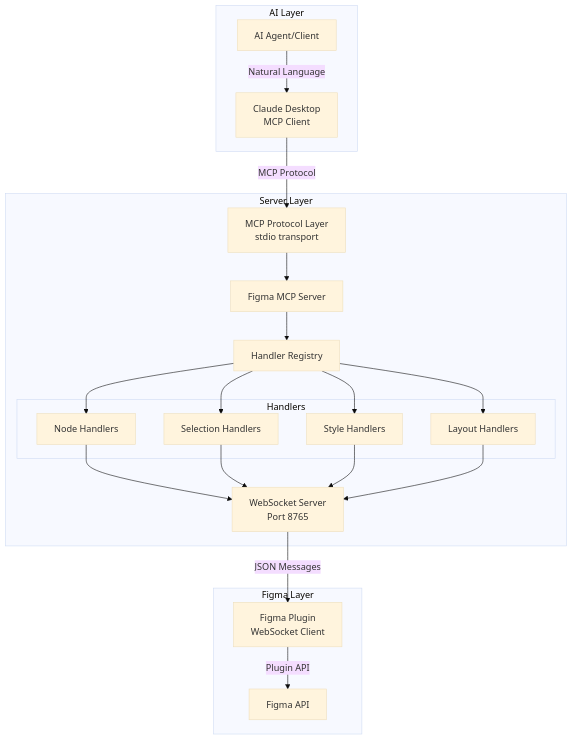
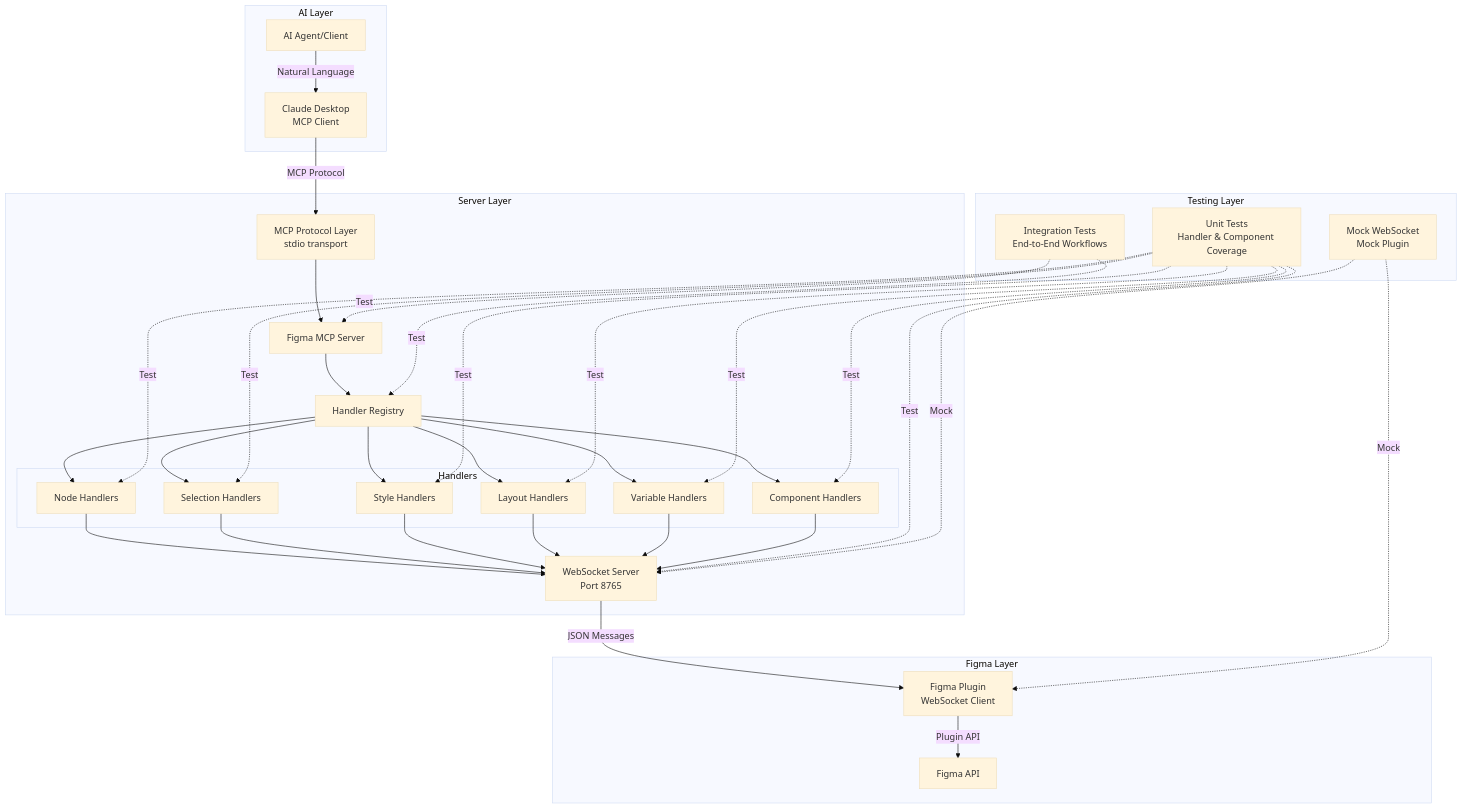
Before and after one commit to oO/figma-mcp-write-server: the first of 2 diagrams in DEVELOPMENT.md, drawn with Mermaid (base theme). The commit also changed other lines of this file and 71 other files, not shown here.

````diff
--- a/DEVELOPMENT.md
+++ b/DEVELOPMENT.md
@@ -155,43 +158,68 @@
 ```mermaid
 graph TB
     subgraph "AI Layer"
         AI[AI Agent/Client]
         MCP_CLIENT[Claude Desktop<br/>MCP Client]
     end
 
     subgraph "Server Layer"
         MCP_SERVER[Figma MCP Server]
         MCP_PROTOCOL[MCP Protocol Layer<br/>stdio transport]
         WS_SERVER[WebSocket Server<br/>Port 8765]
         REGISTRY[Handler Registry]
 
         subgraph "Handlers"
             NODE_H[Node Handlers]
             SELECTION_H[Selection Handlers]
             STYLE_H[Style Handlers]
             LAYOUT_H[Layout Handlers]
+            VARIABLE_H[Variable Handlers]
+            COMPONENT_H[Component Handlers]
         end
+    end
+
+    subgraph "Testing Layer"
+        UNIT_TESTS[Unit Tests<br/>Handler & Component Coverage]
+        INTEGRATION_TESTS[Integration Tests<br/>End-to-End Workflows]
+        TEST_MOCKS[Mock WebSocket<br/>Mock Plugin]
     end
 
     subgraph "Figma Layer"
         PLUGIN[Figma Plugin<br/>WebSocket Client]
         FIGMA_API[Figma API]
     end
 
     AI -->|Natural Language| MCP_CLIENT
     MCP_CLIENT -->|MCP Protocol| MCP_PROTOCOL
     MCP_PROTOCOL --> MCP_SERVER
     MCP_SERVER --> REGISTRY
     REGISTRY --> NODE_H
     REGISTRY --> SELECTION_H
     REGISTRY --> STYLE_H
     REGISTRY --> LAYOUT_H
+    REGISTRY --> VARIABLE_H
+    REGISTRY --> COMPONENT_H
 
     NODE_H --> WS_SERVER
     SELECTION_H --> WS_SERVER
     STYLE_H --> WS_SERVER
     LAYOUT_H --> WS_SERVER
+    VARIABLE_H --> WS_SERVER
+    COMPONENT_H --> WS_SERVER
 
     WS_SERVER -->|JSON Messages| PLUGIN
     PLUGIN -->|Plugin API| FIGMA_API
+
+    UNIT_TESTS -.->|Test| NODE_H
+    UNIT_TESTS -.->|Test| SELECTION_H
+    UNIT_TESTS -.->|Test| STYLE_H
+    UNIT_TESTS -.->|Test| LAYOUT_H
+    UNIT_TESTS -.->|Test| VARIABLE_H
+    UNIT_TESTS -.->|Test| COMPONENT_H
+    UNIT_TESTS -.->|Test| WS_SERVER
+    
+    INTEGRATION_TESTS -.->|Test| REGISTRY
+    INTEGRATION_TESTS -.->|Test| MCP_SERVER
+    TEST_MOCKS -.->|Mock| WS_SERVER
+    TEST_MOCKS -.->|Mock| PLUGIN
 ```
````
